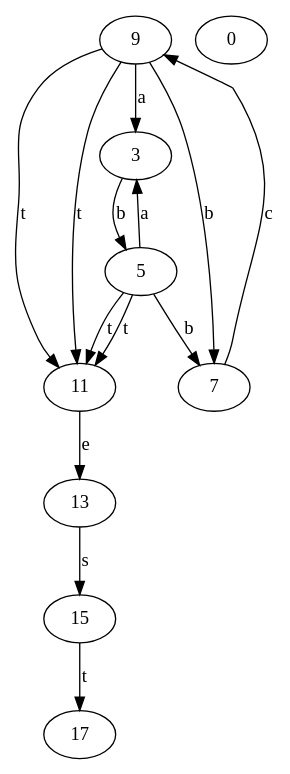
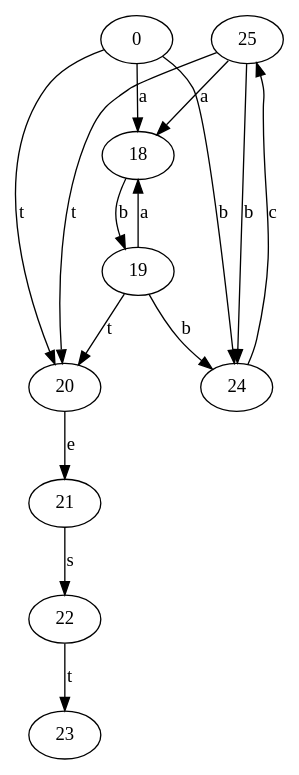
The diagram in RegexParser/RegexParser/graph.dot (qwerfah/compilers-design), drawn with Graphviz before and after one commit. The commit also changed 3 other files, not shown here.

```diff
--- a/RegexParser/RegexParser/graph.dot
+++ b/RegexParser/RegexParser/graph.dot
@@ -1,24 +1,25 @@
 digraph FSM {
-9
-11
-7
-3
+25
 0
-5
-13
-17
-15
-5 -> 11 [label=t]
-7 -> 9 [label=c]
-3 -> 5 [label=b]
-5 -> 11 [label=t]
-9 -> 7 [label=b]
-5 -> 7 [label=b]
-5 -> 3 [label=a]
-9 -> 11 [label=t]
-15 -> 17 [label=t]
-13 -> 15 [label=s]
-9 -> 11 [label=t]
-9 -> 3 [label=a]
-11 -> 13 [label=e]
+20
+21
+23
+19
+24
+22
+18
+18 -> 19 [label=b]
+0 -> 18 [label=a]
+0 -> 20 [label=t]
+25 -> 24 [label=b]
+0 -> 24 [label=b]
+19 -> 20 [label=t]
+19 -> 24 [label=b]
+19 -> 18 [label=a]
+24 -> 25 [label=c]
+25 -> 20 [label=t]
+21 -> 22 [label=s]
+25 -> 18 [label=a]
+20 -> 21 [label=e]
+22 -> 23 [label=t]
 }
```
